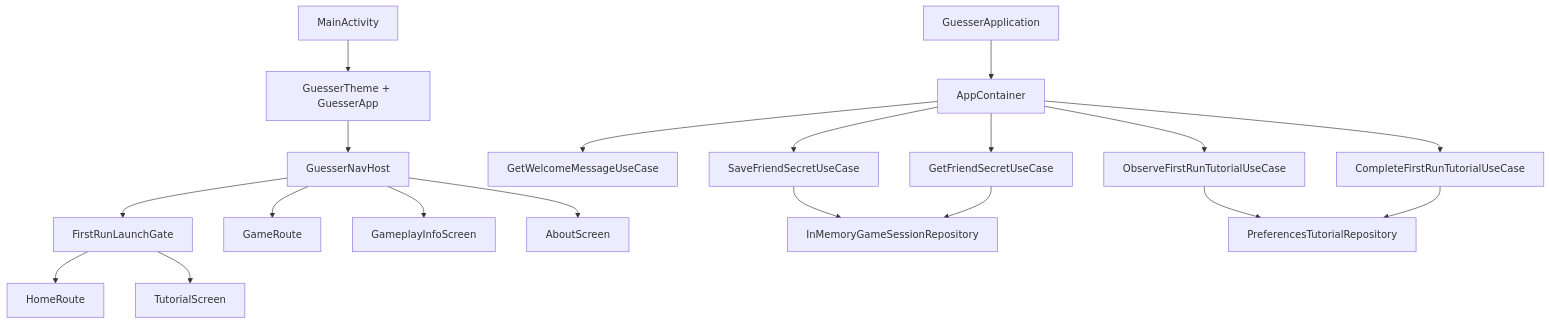
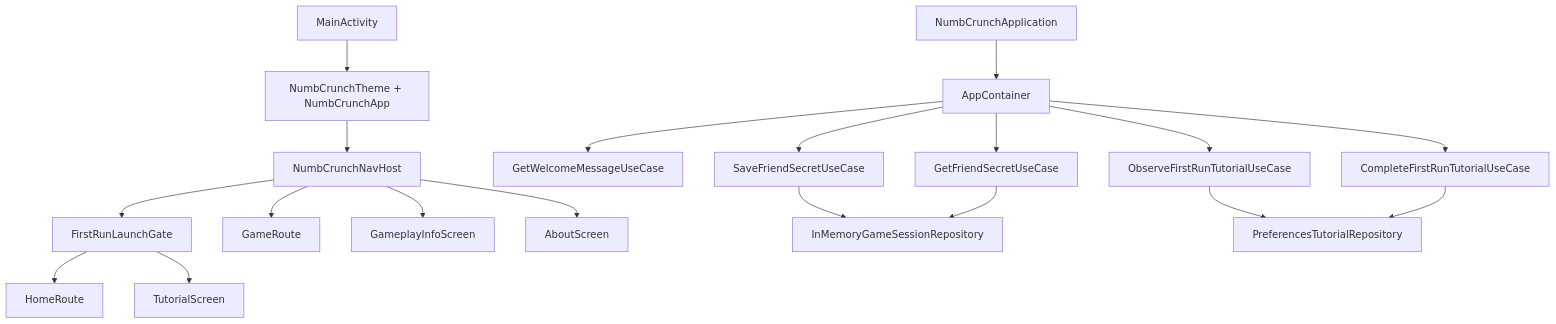
The second of 3 diagrams in docs/architecture.md (theKeval/Guesser), drawn with Mermaid before and after one commit. The commit also changed other lines of this file and 12 other files, not shown here.

Commit message:
Update product copy and documentation for NumbCrunch

````diff
--- a/docs/architecture.md
+++ b/docs/architecture.md
@@ -42,21 +42,21 @@
 ```mermaid
 flowchart TD
-    APP[GuesserApplication] --> CONTAINER[AppContainer]
-    ACT[MainActivity] --> COMPOSE[GuesserTheme + GuesserApp]
-    COMPOSE --> NAV[GuesserNavHost]
+    APP[NumbCrunchApplication] --> CONTAINER[AppContainer]
+    ACT[MainActivity] --> COMPOSE[NumbCrunchTheme + NumbCrunchApp]
+    COMPOSE --> NAV[NumbCrunchNavHost]
     NAV --> GATE[FirstRunLaunchGate]
     GATE --> HOME[HomeRoute]
     GATE --> TUTORIAL[TutorialScreen]
     NAV --> GAME[GameRoute]
     NAV --> INFO[GameplayInfoScreen]
     NAV --> ABOUT[AboutScreen]
     CONTAINER --> AI[GetWelcomeMessageUseCase]
     CONTAINER --> SAVE[SaveFriendSecretUseCase]
     CONTAINER --> GET[GetFriendSecretUseCase]
     CONTAINER --> OBSERVE[ObserveFirstRunTutorialUseCase]
     CONTAINER --> COMPLETE[CompleteFirstRunTutorialUseCase]
     SAVE --> SESSION[InMemoryGameSessionRepository]
     GET --> SESSION
     OBSERVE --> TUTORIAL_REPO[PreferencesTutorialRepository]
     COMPLETE --> TUTORIAL_REPO
 ```
````
